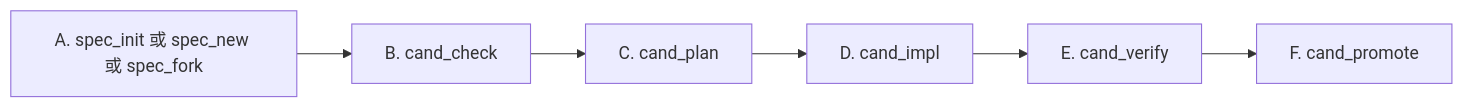
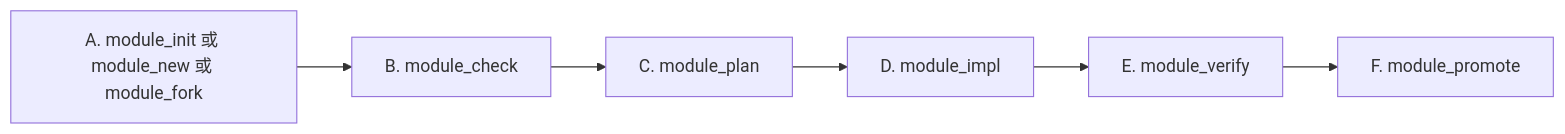
The fourth of 7 diagrams in README.zh-CN.md (Bingordinary/SpecFlow), drawn with Mermaid before and after one commit. The commit also changed other lines of this file and 48 other files, not shown here.

````diff
--- a/README.zh-CN.md
+++ b/README.zh-CN.md
@@ -414,8 +414,8 @@
 ```mermaid
 flowchart LR
-    A["A. spec_init 或 spec_new 或 spec_fork"] --> B["B. cand_check"]
-    B --> C["C. cand_plan"]
-    C --> D["D. cand_impl"]
-    D --> E["E. cand_verify"]
-    E --> F["F. cand_promote"]
+    A["A. module_init 或 module_new 或 module_fork"] --> B["B. module_check"]
+    B --> C["C. module_plan"]
+    C --> D["D. module_impl"]
+    D --> E["E. module_verify"]
+    E --> F["F. module_promote"]
 ```
````
